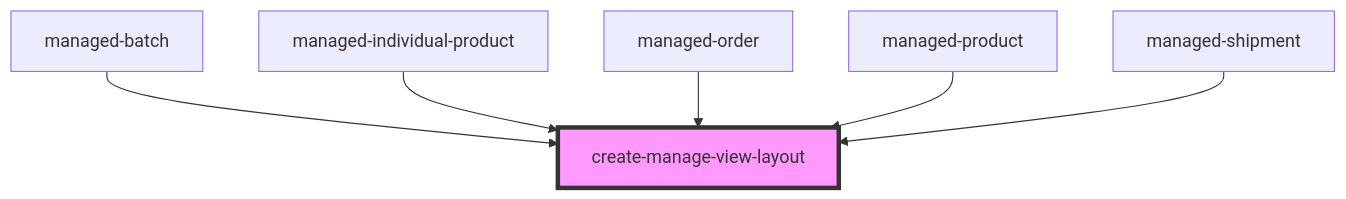
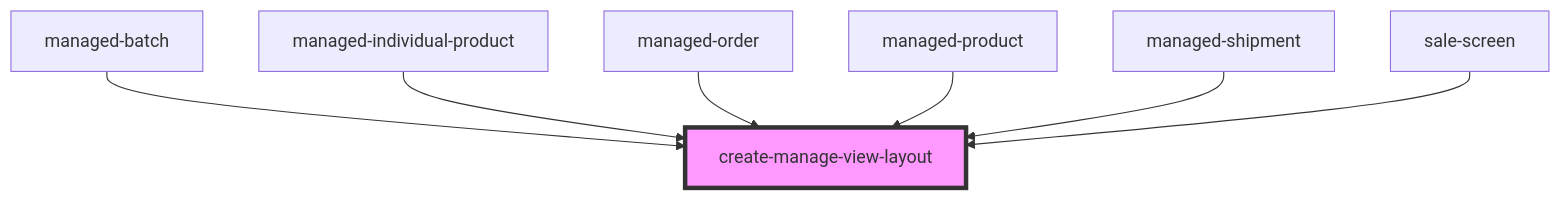
The diagram in pdm-web-components/src/components/create-manage-view-layout/readme.md (PharmaLedger-IMI/fgt-workspace), drawn with Mermaid before and after one commit. The commit also changed other lines of this file and 41 other files, not shown here.

````diff
--- a/pdm-web-components/src/components/create-manage-view-layout/readme.md
+++ b/pdm-web-components/src/components/create-manage-view-layout/readme.md
@@ -64,9 +65,10 @@
 ```mermaid
 graph TD;
   managed-batch --> create-manage-view-layout
   managed-individual-product --> create-manage-view-layout
   managed-order --> create-manage-view-layout
   managed-product --> create-manage-view-layout
   managed-shipment --> create-manage-view-layout
+  sale-screen --> create-manage-view-layout
   style create-manage-view-layout fill:#f9f,stroke:#333,stroke-width:4px
 ```
````
